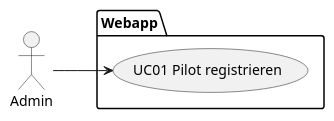
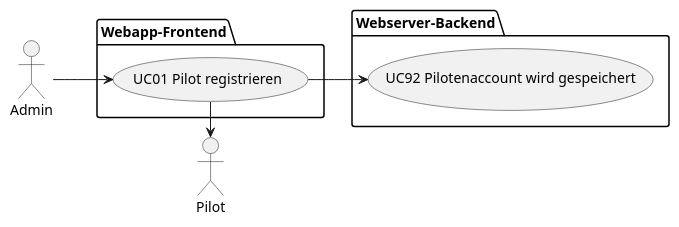
Before and after one commit to jakobkmar/E09-modellflug-logbuch: the first of 2 diagrams in docs/requirements/use_case_01.inc.adoc, drawn with PlantUML. The commit also changed other lines of this file, not shown here.

```diff
--- a/docs/requirements/use_case_01.inc.adoc
+++ b/docs/requirements/use_case_01.inc.adoc
@@ -68,11 +76,17 @@
 [plantuml, "{diagramsdir}/UC01PilotRegistriert", svg]
 ....
 @startuml
 left to right direction
 "Admin" as ac01
-package Webapp {
+"Pilot" as ac02
+package Webapp-Frontend {
     "UC01 Pilot registrieren" as (uc01)
 }
-ac01 --> uc01
+package Webserver-Backend {
+    "UC92 Pilotenaccount wird gespeichert" as (uc92)
+}
+ac01 -d-> uc01
+uc01 -l-> ac02
+uc01 -d-> uc92
 @enduml
 ....
```
